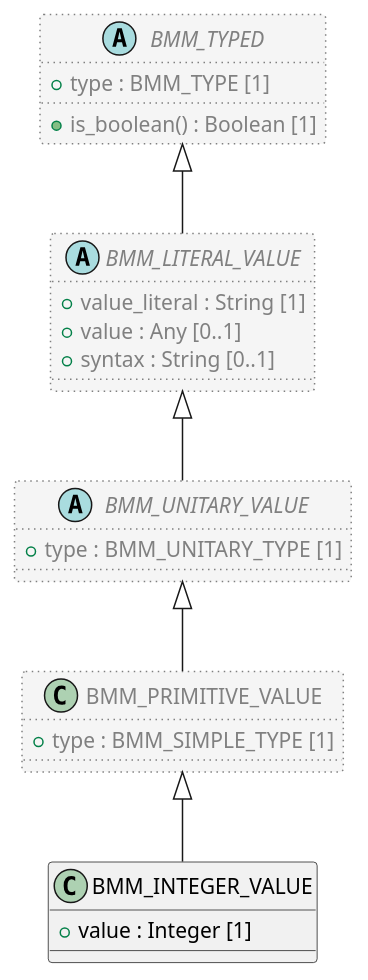
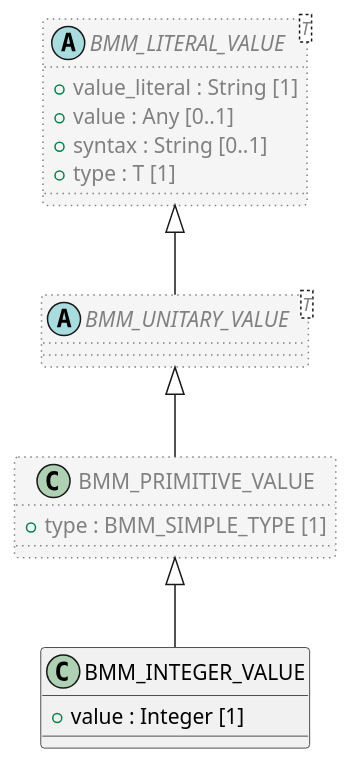
The diagram in code/Adoc/openehr_lang_1.1.0/plantUML/classes/org.openehr.lang.bmm.bmm_integer_value.adoc (sebastian-iancu/code-generator), drawn with PlantUML before and after one commit. The commit also changed 719 other files, not shown here.

```diff
--- a/code/Adoc/openehr_lang_1.1.0/plantUML/classes/org.openehr.lang.bmm.bmm_integer_value.adoc
+++ b/code/Adoc/openehr_lang_1.1.0/plantUML/classes/org.openehr.lang.bmm.bmm_integer_value.adoc
@@ -1,38 +1,31 @@
 [plantuml,BMM_INTEGER_VALUE,format=svg,svg-type="inline"]
 -----
 @startuml
 
 class BMM_INTEGER_VALUE {
   + value : Integer [1]
 }
 
 class BMM_PRIMITIVE_VALUE  #whitesmoke;line:gray;line.dotted;text:gray {
   + type : BMM_SIMPLE_TYPE [1]
 }
 
-abstract class BMM_UNITARY_VALUE  #whitesmoke;line:gray;line.dotted;text:gray {
-  + type : BMM_UNITARY_TYPE [1]
+abstract class BMM_UNITARY_VALUE <T>  #whitesmoke;line:gray;line.dotted;text:gray {
 }
 
-abstract class BMM_LITERAL_VALUE  #whitesmoke;line:gray;line.dotted;text:gray {
+abstract class BMM_LITERAL_VALUE <T>  #whitesmoke;line:gray;line.dotted;text:gray {
   + value_literal : String [1]
   + value : Any [0..1]
   + syntax : String [0..1]
+  + type : T [1]
 }
-
-abstract class BMM_TYPED  #whitesmoke;line:gray;line.dotted;text:gray {
-  + type : BMM_TYPE [1]
-  + is_boolean() : Boolean [1]
-}
-
-BMM_TYPED <|-- BMM_LITERAL_VALUE
 
 BMM_LITERAL_VALUE <|-- BMM_UNITARY_VALUE
 
 BMM_UNITARY_VALUE <|-- BMM_PRIMITIVE_VALUE
 
 BMM_PRIMITIVE_VALUE <|-- BMM_INTEGER_VALUE
 
 
 @enduml
 -----
```
